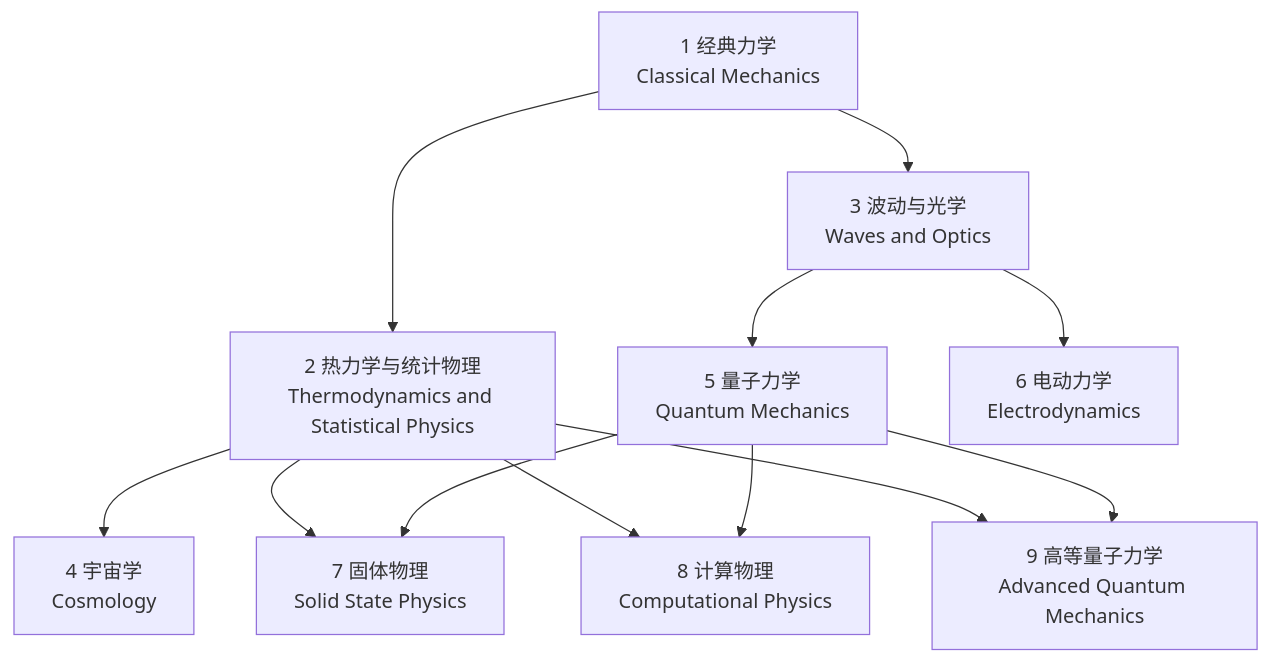
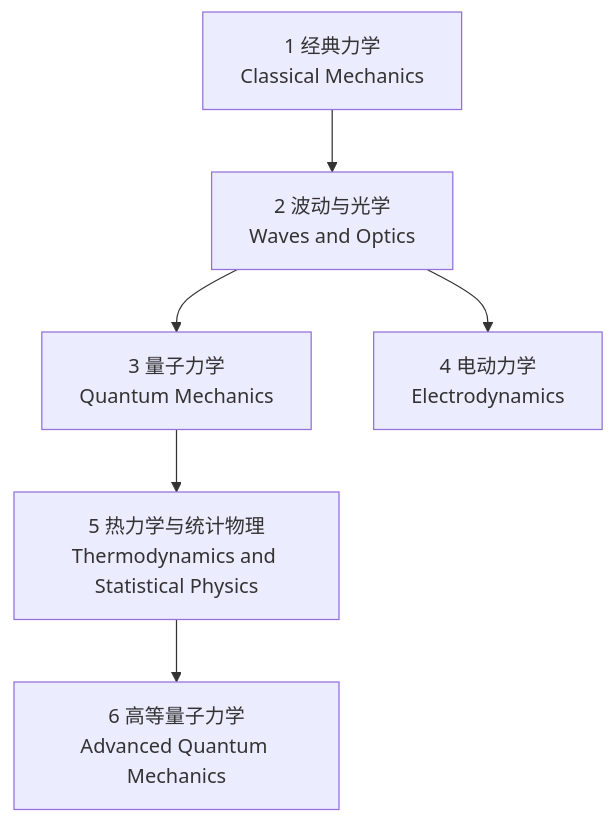
One commit to ChenAo-Phys/booklets changed the diagram in README.md. Above: the diagram before and after it, drawn with Mermaid. The commit also changed other lines of this file and 2 other files, not shown here.

First line of the commit message:
Restructure into six booklets and add Computational principle

````diff
--- a/README.md
+++ b/README.md
@@ -34,23 +32,14 @@
 ```mermaid
 graph TD
   CM["1 经典力学<br/>Classical Mechanics"]
-  SP["2 热力学与统计物理<br/>Thermodynamics and Statistical Physics"]
-  WO["3 波动与光学<br/>Waves and Optics"]
-  COS["4 宇宙学<br/>Cosmology"]
-  QM["5 量子力学<br/>Quantum Mechanics"]
-  ED["6 电动力学<br/>Electrodynamics"]
-  SSP["7 固体物理<br/>Solid State Physics"]
-  CP["8 计算物理<br/>Computational Physics"]
-  AQM["9 高等量子力学<br/>Advanced Quantum Mechanics"]
-  CM --> SP
+  WO["2 波动与光学<br/>Waves and Optics"]
+  QM["3 量子力学<br/>Quantum Mechanics"]
+  ED["4 电动力学<br/>Electrodynamics"]
+  SP["5 热力学与统计物理<br/>Thermodynamics and Statistical Physics"]
+  AQM["6 高等量子力学<br/>Advanced Quantum Mechanics"]
   CM --> WO
-  SP --> COS
   WO --> QM
   WO --> ED
-  SP --> SSP
-  QM --> SSP
-  SP --> CP
-  QM --> CP
+  QM --> SP
   SP --> AQM
-  QM --> AQM
 ```
````
